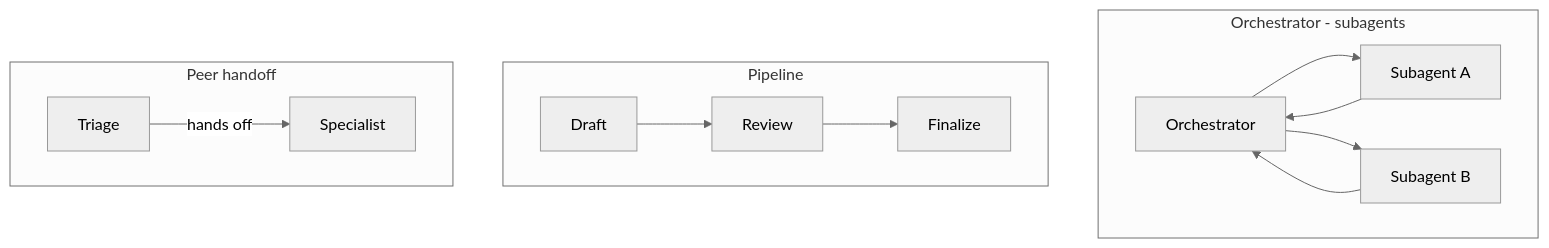
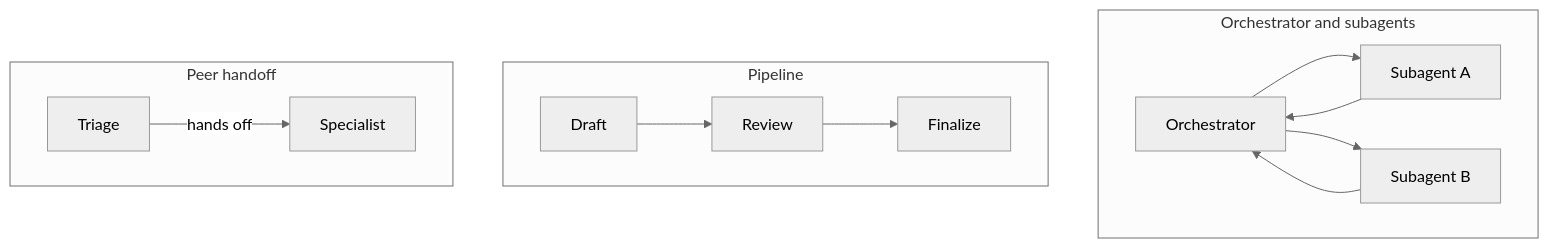
The diagram in agentic-workflows/orchestrating-more-than-one-agent.md (aakashagg123/gatsby), drawn with Mermaid (neutral theme) before and after one commit. The commit also changed other lines of this file and 17 other files, not shown here.

````diff
--- a/agentic-workflows/orchestrating-more-than-one-agent.md
+++ b/agentic-workflows/orchestrating-more-than-one-agent.md
@@ -38,15 +39,15 @@
 ```mermaid
 flowchart TB
-  subgraph ORCH["Orchestrator - subagents"]
+  subgraph ORCH["Orchestrator and subagents"]
     O["Orchestrator"] --> S1["Subagent A"]
     O --> S2["Subagent B"]
     S1 --> O
     S2 --> O
   end
   subgraph PIPE["Pipeline"]
     P1["Draft"] --> P2["Review"] --> P3["Finalize"]
   end
   subgraph PEER["Peer handoff"]
     H1["Triage"] -->|"hands off"| H2["Specialist"]
   end
 ```
````
